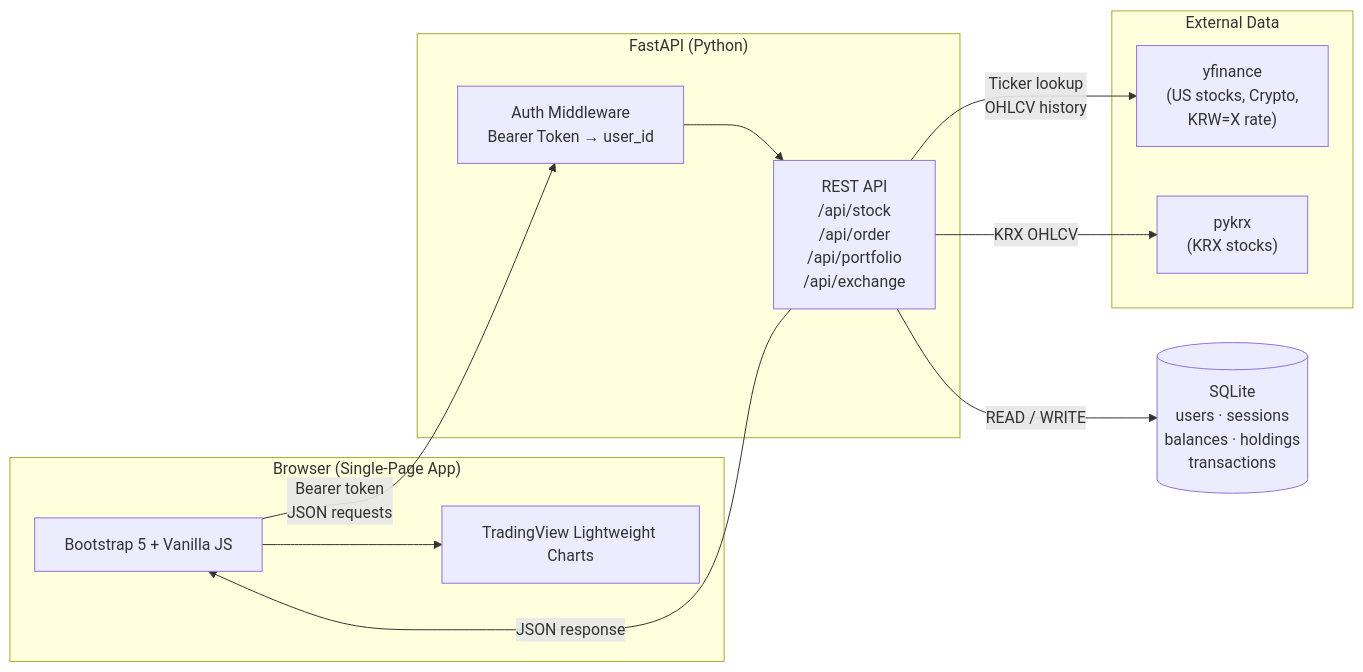
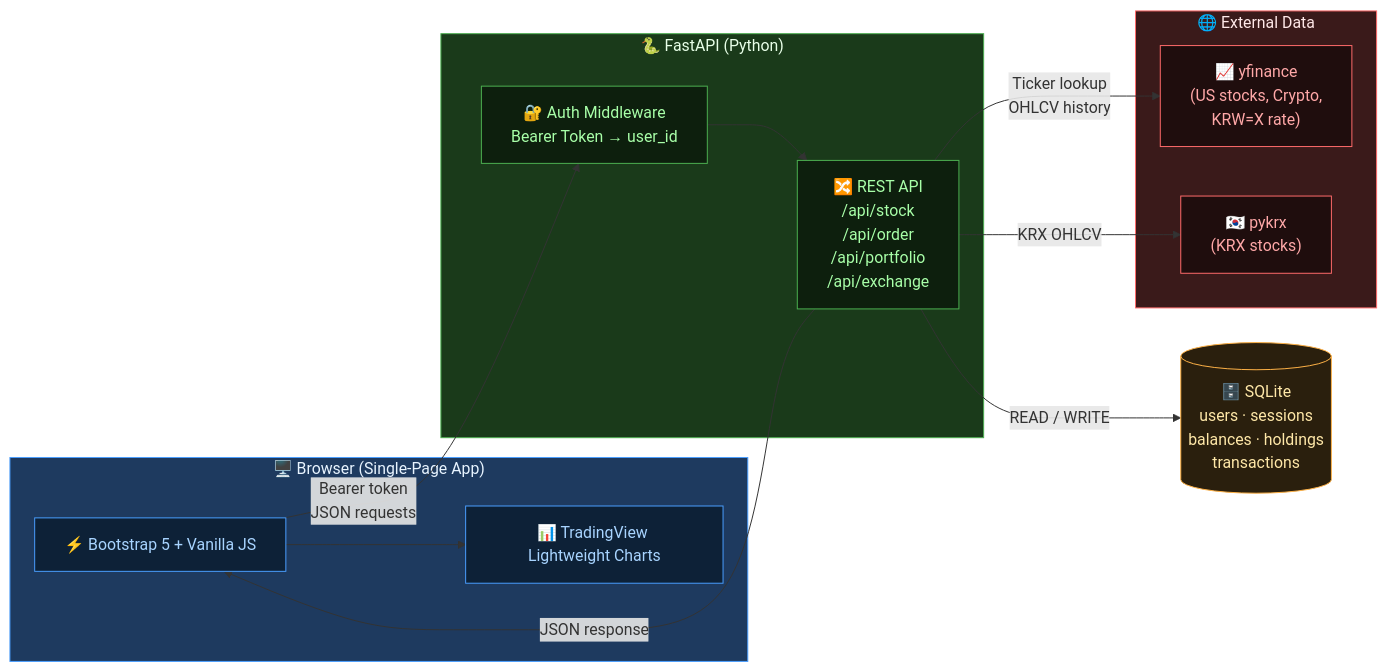
One commit to J1NOwO/PaperTrade changed the diagram in README.md. Above: the diagram before and after it, drawn with Mermaid. The commit also changed other lines of this file, not shown here.

Commit message:
Update README: add architecture colors and screenshot placeholder

````diff
--- a/README.md
+++ b/README.md
@@ -63,27 +63,38 @@
 ```mermaid
 graph LR
-    subgraph Frontend ["Browser (Single-Page App)"]
-        UI["Bootstrap 5 + Vanilla JS"]
-        Chart["TradingView Lightweight Charts"]
+    subgraph Frontend ["🖥️ Browser (Single-Page App)"]
+        UI["⚡ Bootstrap 5 + Vanilla JS"]
+        Chart["📊 TradingView Lightweight Charts"]
     end
 
-    subgraph Backend ["FastAPI (Python)"]
-        API["REST API\n/api/stock\n/api/order\n/api/portfolio\n/api/exchange"]
-        Auth["Auth Middleware\nBearer Token → user_id"]
+    subgraph Backend ["🐍 FastAPI (Python)"]
+        API["🔀 REST API\n/api/stock\n/api/order\n/api/portfolio\n/api/exchange"]
+        Auth["🔐 Auth Middleware\nBearer Token → user_id"]
     end
 
-    subgraph DataSources ["External Data"]
-        YF["yfinance\n(US stocks, Crypto,\nKRW=X rate)"]
-        KRX["pykrx\n(KRX stocks)"]
+    subgraph DataSources ["🌐 External Data"]
+        YF["📈 yfinance\n(US stocks, Crypto,\nKRW=X rate)"]
+        KRX["🇰🇷 pykrx\n(KRX stocks)"]
     end
 
-    DB[("SQLite\nusers · sessions\nbalances · holdings\ntransactions")]
+    DB[("🗄️ SQLite\nusers · sessions\nbalances · holdings\ntransactions")]
 
     UI -->|"Bearer token\nJSON requests"| Auth
     Auth --> API
     API -->|"Ticker lookup\nOHLCV history"| YF
     API -->|"KRX OHLCV"| KRX
     API -->|"READ / WRITE"| DB
     API -->|"JSON response"| UI
     UI --> Chart
+
+    style Frontend fill:#1e3a5f,stroke:#4a9eff,color:#e8f4ff
+    style Backend fill:#1a3a1a,stroke:#4caf50,color:#e8ffe8
+    style DataSources fill:#3a1a1a,stroke:#ff6b6b,color:#ffe8e8
+    style UI fill:#0d2137,stroke:#4a9eff,color:#a8d4ff
+    style Chart fill:#0d2137,stroke:#4a9eff,color:#a8d4ff
+    style API fill:#0d1f0d,stroke:#4caf50,color:#a8ffa8
+    style Auth fill:#0d1f0d,stroke:#4caf50,color:#a8ffa8
+    style YF fill:#1f0d0d,stroke:#ff6b6b,color:#ffa8a8
+    style KRX fill:#1f0d0d,stroke:#ff6b6b,color:#ffa8a8
+    style DB fill:#2a1f0d,stroke:#ffb347,color:#ffe8a8
 ```
````
